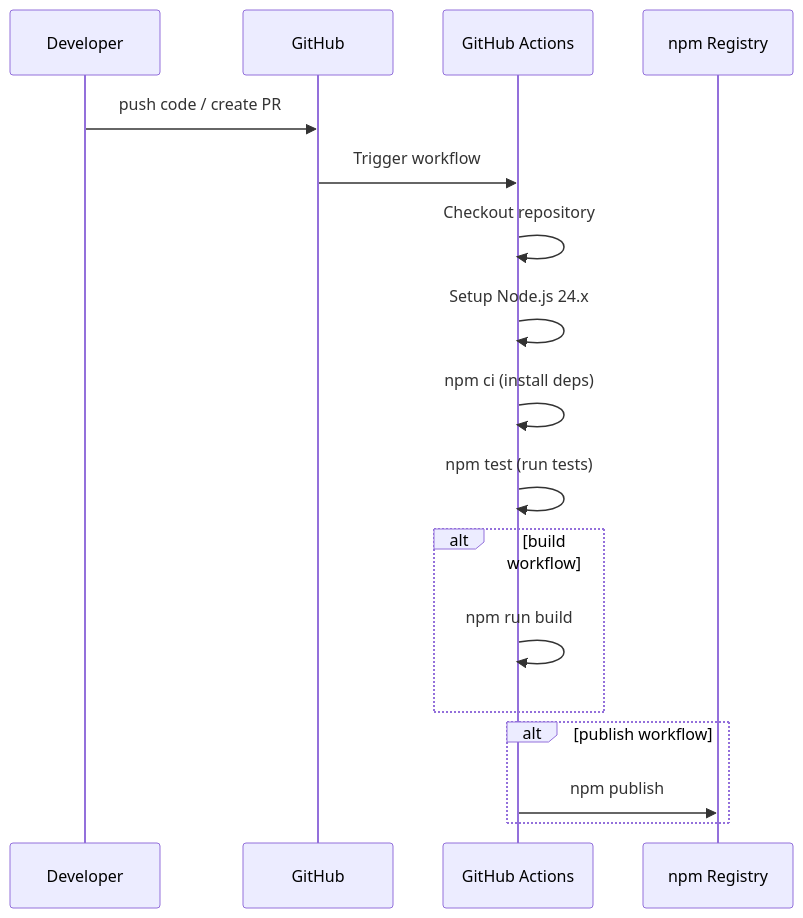
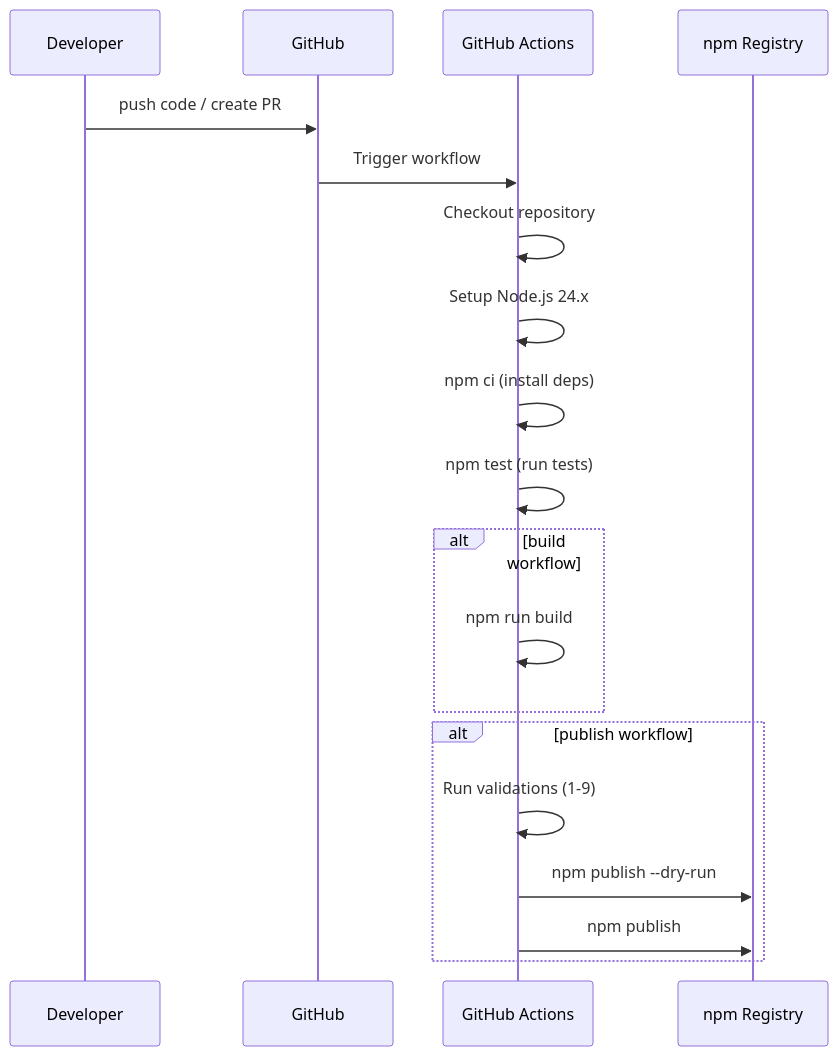
The fourth of 13 diagrams in openspec/specs/infrastructure/spec.md (gjchentw/opfs-cloud-file), drawn with Mermaid before and after one commit. The commit also changed other lines of this file, not shown here.

First line of the commit message:
sync(infra): sync delta specs from fix-infra-publish to main infrastructure spec

````diff
--- a/openspec/specs/infrastructure/spec.md
+++ b/openspec/specs/infrastructure/spec.md
@@ -181,20 +193,22 @@
 ```mermaid
 sequenceDiagram
     participant Dev as Developer
     participant GH as GitHub
     participant GA as GitHub Actions
     participant npm as npm Registry
     
     Dev->>GH: push code / create PR
     GH->>GA: Trigger workflow
     GA->>GA: Checkout repository
     GA->>GA: Setup Node.js 24.x
     GA->>GA: npm ci (install deps)
     GA->>GA: npm test (run tests)
     alt build workflow
         GA->>GA: npm run build
     end
     alt publish workflow
+        GA->>GA: Run validations (1-9)
+        GA->>npm: npm publish --dry-run
         GA->>npm: npm publish
     end
 ```
````
